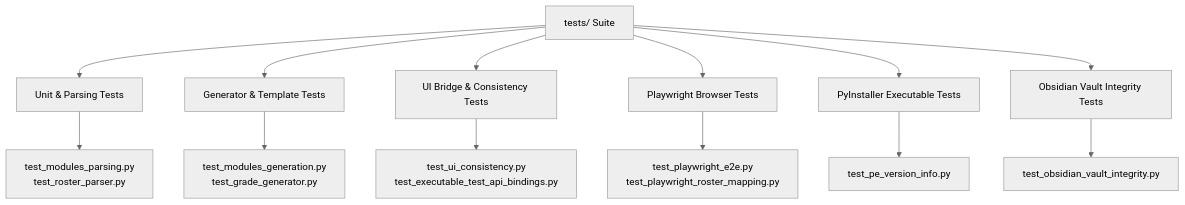
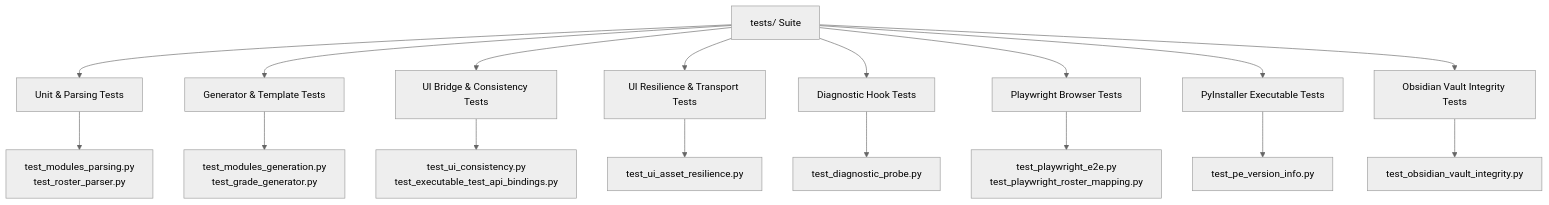
The diagram in 06 - Development/Testing Strategy.md (DrinkBoooz/cvsu-generator_documentation), drawn with Mermaid (neutral theme) before and after one commit. The commit also changed other lines of this file and 5 other files, not shown here.

Commit message:
19: document file transport migration, css modularization, and diagnostic telemetry architecture

````diff
--- a/06 - Development/Testing Strategy.md
+++ b/06 - Development/Testing Strategy.md
@@ -35,16 +39,20 @@
 ```mermaid
 graph TD
     Tests["tests/ Suite"] --> Unit["Unit & Parsing Tests"]
     Tests --> DocxXlsx["Generator & Template Tests"]
     Tests --> Integ["UI Bridge & Consistency Tests"]
+    Tests --> Resilience["UI Resilience & Transport Tests"]
+    Tests --> Diag["Diagnostic Hook Tests"]
     Tests --> E2E["Playwright Browser Tests"]
     Tests --> Build["PyInstaller Executable Tests"]
     Tests --> Vault["Obsidian Vault Integrity Tests"]
 
     Unit --> T1["test_modules_parsing.py<br>test_roster_parser.py"]
     DocxXlsx --> T2["test_modules_generation.py<br>test_grade_generator.py"]
     Integ --> T3["test_ui_consistency.py<br>test_executable_test_api_bindings.py"]
-    E2E --> T4["test_playwright_e2e.py<br>test_playwright_roster_mapping.py"]
-    Build --> T5["test_pe_version_info.py"]
-    Vault --> T6["test_obsidian_vault_integrity.py"]
+    Resilience --> T4["test_ui_asset_resilience.py"]
+    Diag --> T5["test_diagnostic_probe.py"]
+    E2E --> T6["test_playwright_e2e.py<br>test_playwright_roster_mapping.py"]
+    Build --> T7["test_pe_version_info.py"]
+    Vault --> T8["test_obsidian_vault_integrity.py"]
 ```
````
